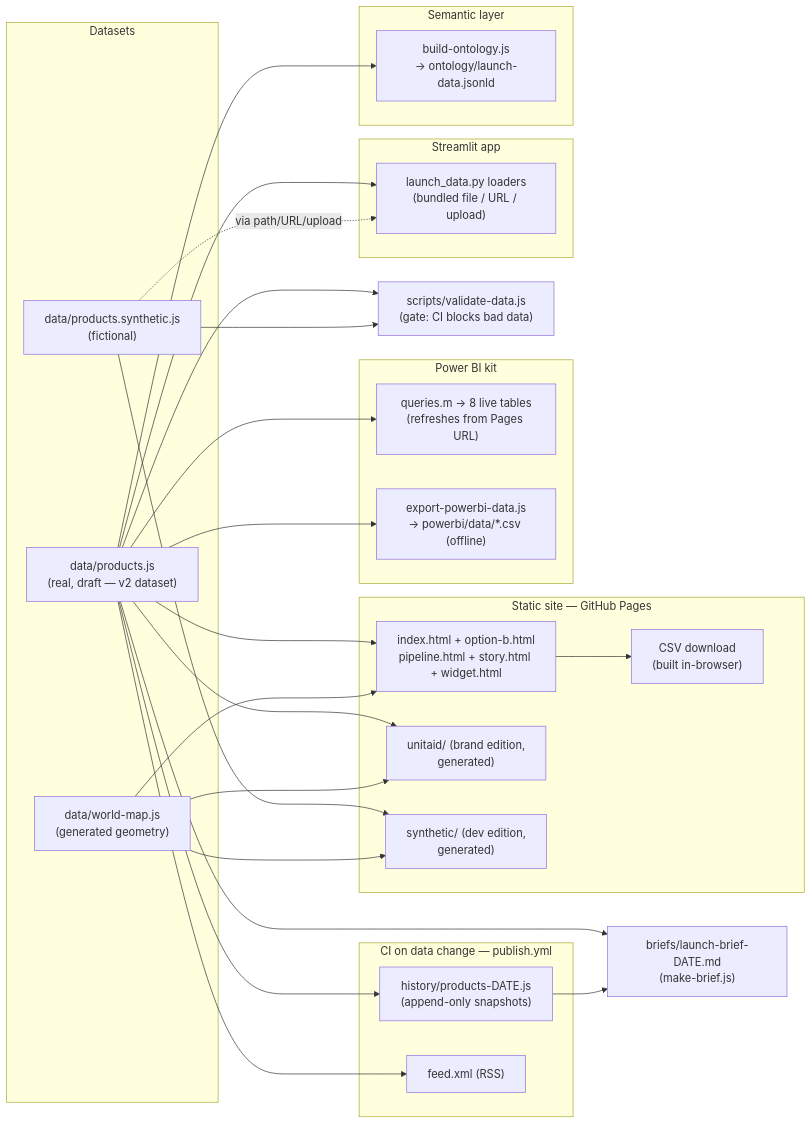
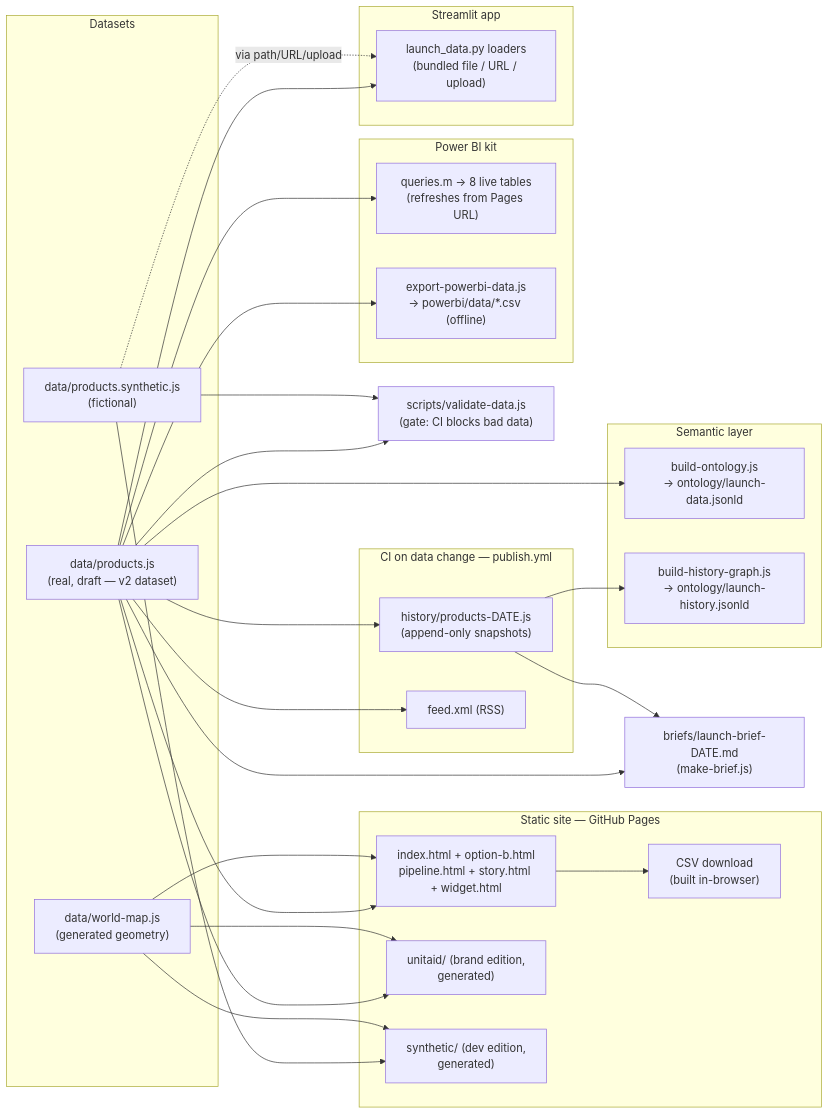
The second of 2 diagrams in docs/data-model.md (kochrisdev/launch-transparency-dashboard), drawn with Mermaid before and after one commit. The commit also changed other lines of this file and 11 other files, not shown here.

````diff
--- a/docs/data-model.md
+++ b/docs/data-model.md
@@ -148,55 +148,57 @@
 ```mermaid
 flowchart LR
     subgraph sources [Datasets]
         REAL["data/products.js<br/>(real, draft — v2 dataset)"]
         SYN["data/products.synthetic.js<br/>(fictional)"]
         MAP["data/world-map.js<br/>(generated geometry)"]
     end
 
     V["scripts/validate-data.js<br/>(gate: CI blocks bad data)"]
     REAL --> V
     SYN --> V
 
     subgraph static [Static site — GitHub Pages]
         A["index.html + option-b.html<br/>pipeline.html + story.html + widget.html"]
         U["unitaid/ (brand edition,<br/>generated)"]
         S["synthetic/ (dev edition,<br/>generated)"]
         CSVDL["CSV download<br/>(built in-browser)"]
     end
     REAL --> A
     REAL --> U
     SYN --> S
     MAP --> A
     MAP --> U
     MAP --> S
     A --> CSVDL
 
     subgraph ci [CI on data change — publish.yml]
         H["history/products-DATE.js<br/>(append-only snapshots)"]
         F["feed.xml (RSS)"]
     end
     REAL --> H
     REAL --> F
 
     B["briefs/launch-brief-DATE.md<br/>(make-brief.js)"]
     REAL --> B
     H --> B
 
     subgraph pbi [Power BI kit]
         Q["queries.m → 8 live tables<br/>(refreshes from Pages URL)"]
         E["export-powerbi-data.js<br/>→ powerbi/data/*.csv (offline)"]
     end
     REAL --> Q
     REAL --> E
 
     subgraph st [Streamlit app]
         L["launch_data.py loaders<br/>(bundled file / URL / upload)"]
     end
     REAL --> L
     SYN -. "via path/URL/upload" .-> L
 
     subgraph sem [Semantic layer]
         O["build-ontology.js<br/>→ ontology/launch-data.jsonld"]
+        OH["build-history-graph.js<br/>→ ontology/launch-history.jsonld"]
     end
     REAL --> O
+    H --> OH
 ```
````
